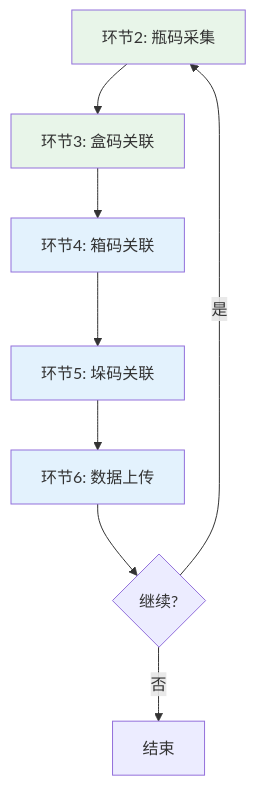
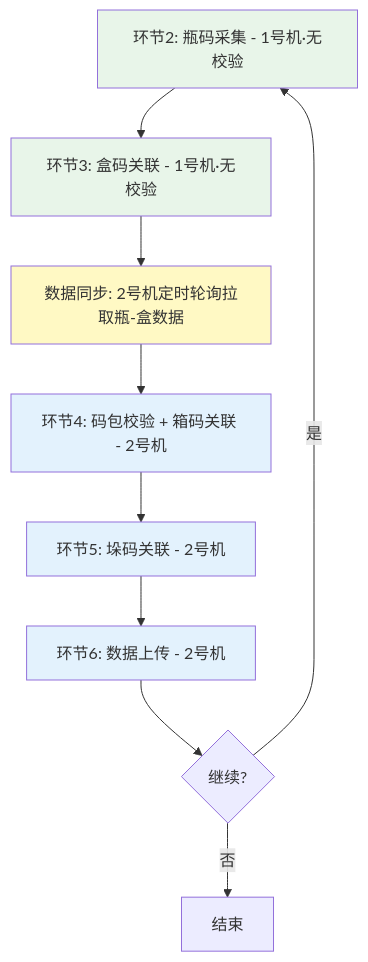
The second of 3 diagrams in .requirement/V1.2石湾产线采集关联/赋码采集关联系统T1.2.0（石湾版）- AI文档.md (chenshuhuai-miduo/ProductionTool-shiwan), drawn with Mermaid before and after one commit. The commit also changed other lines of this file and 12 other files, not shown here.

````diff
--- a/.requirement/V1.2石湾产线采集关联/赋码采集关联系统T1.2.0（石湾版）- AI文档.md
+++ b/.requirement/V1.2石湾产线采集关联/赋码采集关联系统T1.2.0（石湾版）- AI文档.md
@@ -442,16 +448,18 @@
 ```mermaid
 graph TD
-    E2[环节2: 瓶码采集] --> E3[环节3: 盒码关联]
-    E3 --> E4[环节4: 箱码关联]
-    E4 --> E5[环节5: 垛码关联]
-    E5 --> E6[环节6: 数据上传]
+    E2[环节2: 瓶码采集 - 1号机·无校验] --> E3[环节3: 盒码关联 - 1号机·无校验]
+    E3 --> Sync[数据同步: 2号机定时轮询拉取瓶-盒数据]
+    Sync --> E4[环节4: 码包校验 + 箱码关联 - 2号机]
+    E4 --> E5[环节5: 垛码关联 - 2号机]
+    E5 --> E6[环节6: 数据上传 - 2号机]
     E6 --> G{继续?}
     G -->|是| E2
     G -->|否| End[结束]
     
     style E2 fill:#e8f5e9
     style E3 fill:#e8f5e9
+    style Sync fill:#fff9c4
     style E4 fill:#e3f2fd
     style E5 fill:#e3f2fd
     style E6 fill:#e3f2fd
 ```
````
